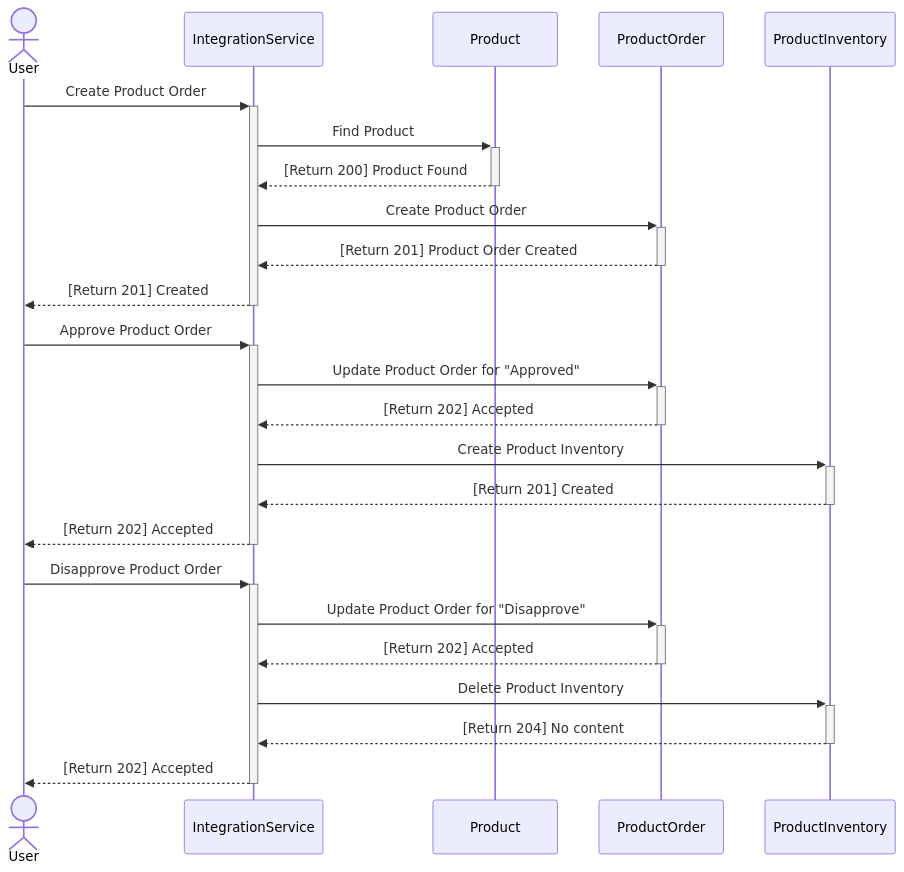
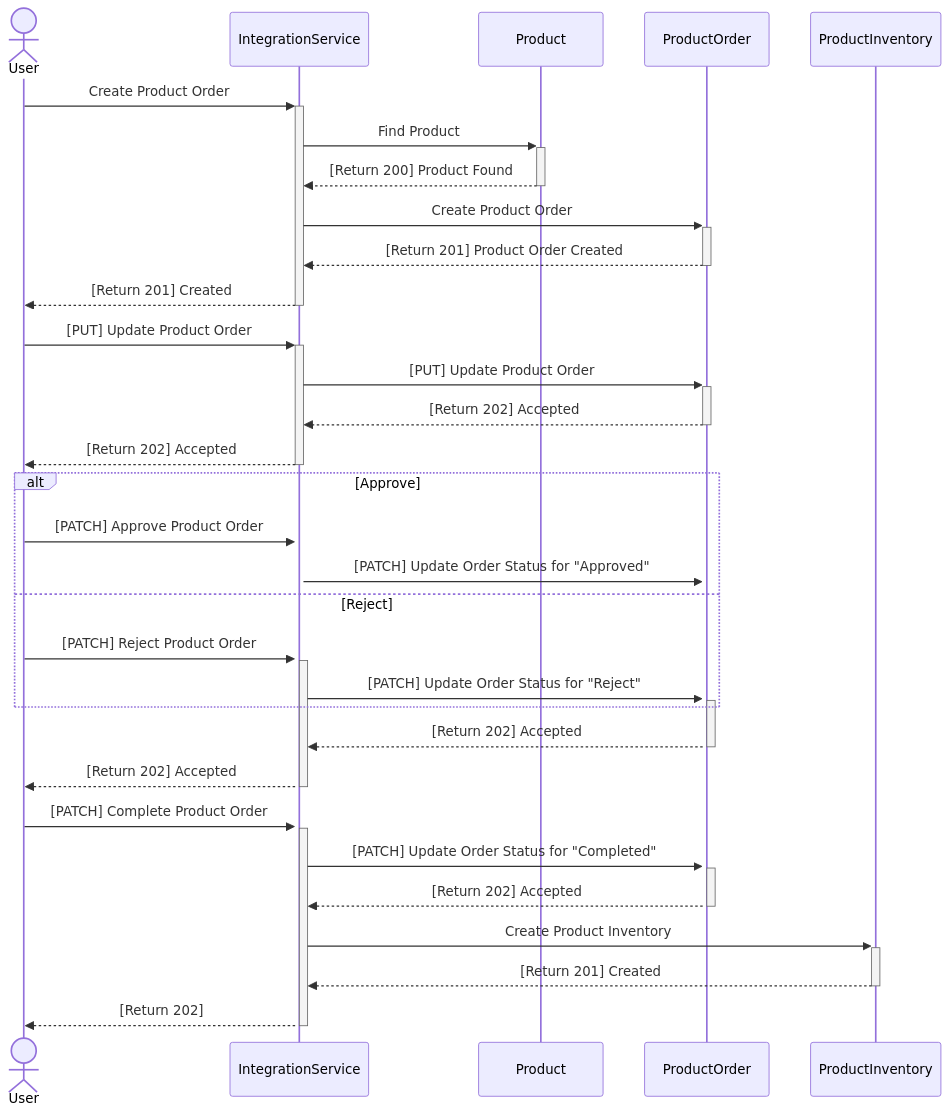
The diagram in README.md (lgomesb/spring-product-integration-service), drawn with Mermaid before and after one commit. The commit also changed other lines of this file, not shown here.

Commit message:
Add sequence diagram

````diff
--- a/README.md
+++ b/README.md
@@ -7,29 +7,38 @@
 ```mermaid
-
 sequenceDiagram
     actor User
     participant IntegrationService
     participant Product
     participant ProductOrder
     participant ProductInventory
     User->>+IntegrationService: Create Product Order
     IntegrationService->>+Product: Find Product
     Product-->>-IntegrationService: [Return 200] Product Found
     IntegrationService->>+ProductOrder: Create Product Order
     ProductOrder-->>-IntegrationService: [Return 201] Product Order Created
     IntegrationService-->>-User: [Return 201] Created
+
+%% UPDATE PRODUCT ORDER
+    User->>+IntegrationService: [PUT] Update Product Order
+    IntegrationService->>+ProductOrder: [PUT] Update Product Order
+    ProductOrder-->>-IntegrationService: [Return 202] Accepted
+    IntegrationService-->>-User: [Return 202] Accepted
+
+%%
+    alt Approve 
+        User->>+IntegrationService: [PATCH] Approve Product Order
+        IntegrationService->>+ProductOrder: [PATCH] Update Order Status for "Approved"
+    else Reject
+        User->>+IntegrationService: [PATCH] Reject Product Order
+        IntegrationService->>+ProductOrder: [PATCH] Update Order Status for "Reject"
+    end
+    ProductOrder-->>-IntegrationService: [Return 202] Accepted
+    IntegrationService-->>-User: [Return 202] Accepted
     
-    User->>+IntegrationService: Approve Product Order
-    IntegrationService->>+ProductOrder: Update Product Order for "Approved"
+    User->>+IntegrationService: [PATCH] Complete Product Order
+    IntegrationService->>+ProductOrder: [PATCH] Update Order Status for "Completed"
     ProductOrder-->>-IntegrationService: [Return 202] Accepted
     IntegrationService->>+ProductInventory: Create Product Inventory
     ProductInventory-->>-IntegrationService: [Return 201] Created
-    IntegrationService-->>-User: [Return 202] Accepted
-
-    User->>+IntegrationService: Disapprove Product Order
-    IntegrationService->>+ProductOrder: Update Product Order for "Disapprove"
-    ProductOrder-->>-IntegrationService: [Return 202] Accepted
-    IntegrationService->>+ProductInventory: Delete Product Inventory
-    ProductInventory-->>-IntegrationService: [Return 204] No content
-    IntegrationService-->>-User: [Return 202] Accepted
+    IntegrationService-->>-User: [Return 202] 
 ```
````
